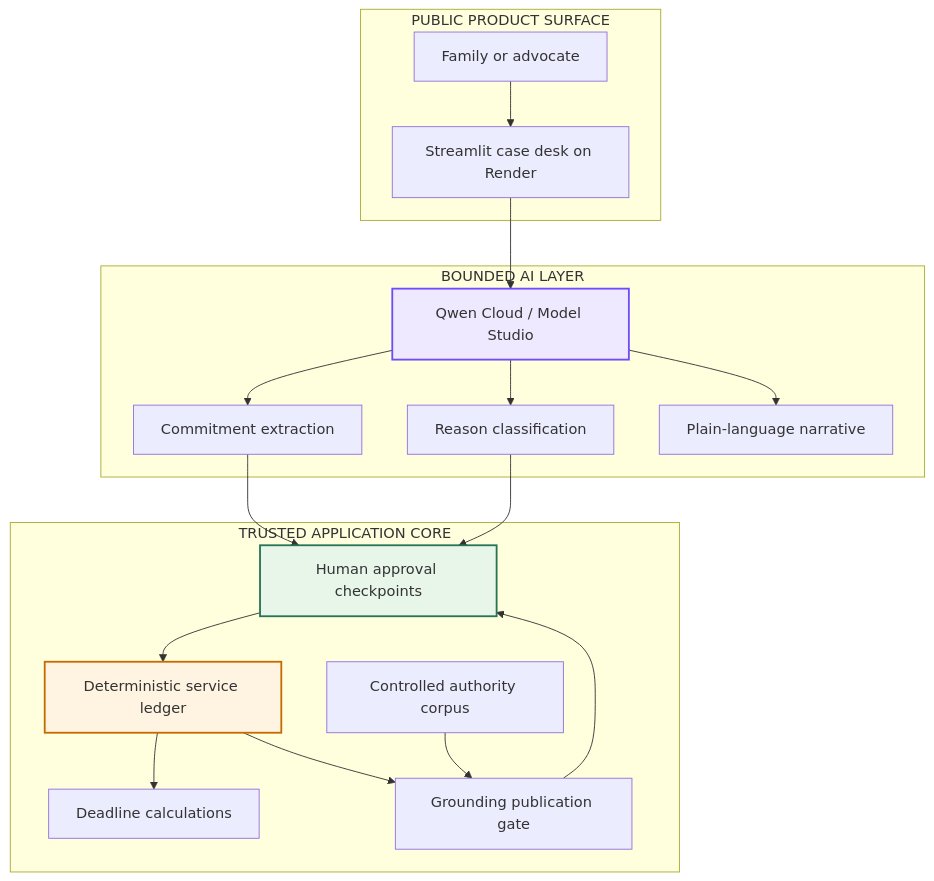
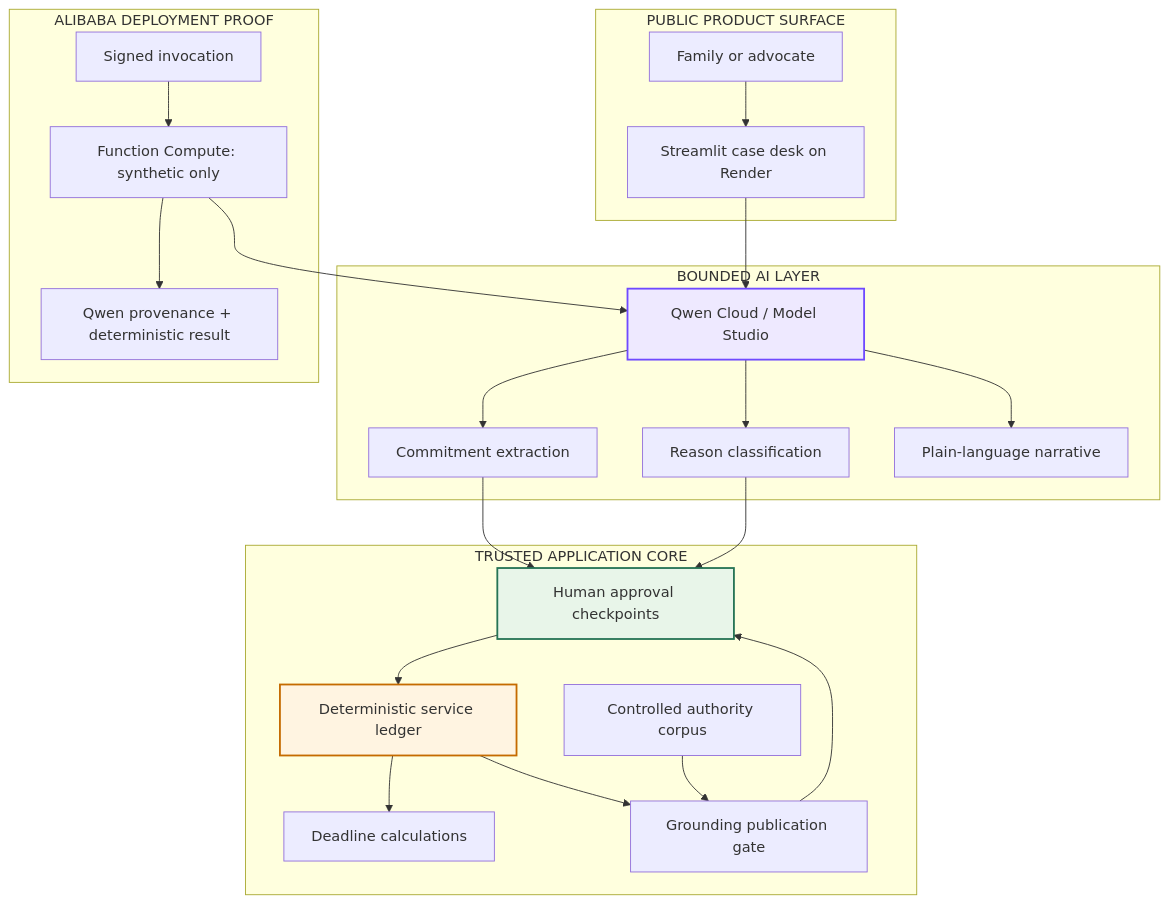
One commit to ankitlade12/due-process-iep-agent changed the second of 2 diagrams in README.md. Above: the diagram before and after it, drawn with Mermaid. The commit also changed other lines of this file and 14 other files, not shown here.

````diff
--- a/README.md
+++ b/README.md
@@ -91,38 +102,47 @@
 ```mermaid
 graph TB
     subgraph "PUBLIC PRODUCT SURFACE"
         USER[Family or advocate]
         UI[Streamlit case desk on Render]
     end
 
     subgraph "BOUNDED AI LAYER"
         QWEN[Qwen Cloud / Model Studio]
         EXTRACT[Commitment extraction]
         CLASSIFY[Reason classification]
         NARRATIVE[Plain-language narrative]
     end
 
     subgraph "TRUSTED APPLICATION CORE"
         LEDGER[Deterministic service ledger]
         DEADLINES[Deadline calculations]
         CORPUS[Controlled authority corpus]
         GROUND[Grounding publication gate]
         APPROVAL[Human approval checkpoints]
     end
 
+    subgraph "ALIBABA DEPLOYMENT PROOF"
+        SIGNED[Signed invocation]
+        FC[Function Compute: synthetic only]
+        PROOF[Qwen provenance + deterministic result]
+    end
+
     USER --> UI
     UI --> QWEN
     QWEN --> EXTRACT
     QWEN --> CLASSIFY
     QWEN --> NARRATIVE
     EXTRACT --> APPROVAL
     CLASSIFY --> APPROVAL
     APPROVAL --> LEDGER
     LEDGER --> DEADLINES
     LEDGER --> GROUND
     CORPUS --> GROUND
     GROUND --> APPROVAL
+    SIGNED --> FC
+    FC --> QWEN
+    FC --> PROOF
     style QWEN fill:#eee9ff,stroke:#6f4aff,stroke-width:2px
     style LEDGER fill:#fff4e1,stroke:#c56b00,stroke-width:2px
     style APPROVAL fill:#e8f5e9,stroke:#267455,stroke-width:2px
 ```
````
